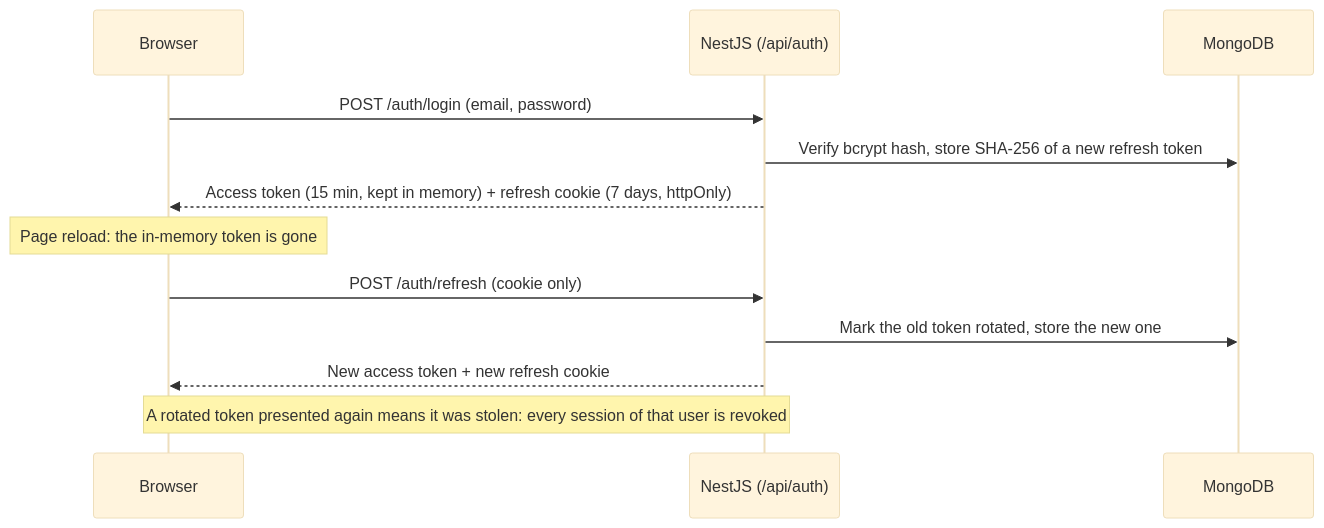
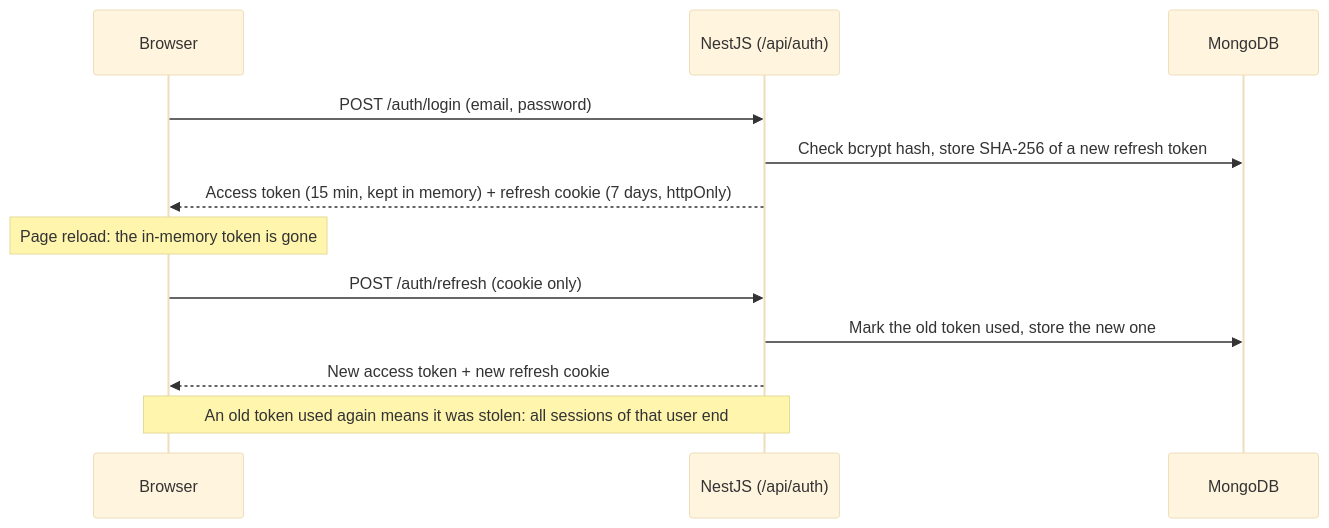
Before and after one commit to NisH-4x/unsaidtalks: the third of 3 diagrams in docs/ARCHITECTURE.md, drawn with Mermaid (base theme). The commit also changed other lines of this file and 53 other files, not shown here.

````diff
--- a/docs/ARCHITECTURE.md
+++ b/docs/ARCHITECTURE.md
@@ -120,15 +128,15 @@
 ```mermaid
 sequenceDiagram
   participant B as Browser
   participant API as NestJS (/api/auth)
   participant DB as MongoDB
 
   B->>API: POST /auth/login (email, password)
-  API->>DB: Verify bcrypt hash, store SHA-256 of a new refresh token
+  API->>DB: Check bcrypt hash, store SHA-256 of a new refresh token
   API-->>B: Access token (15 min, kept in memory) + refresh cookie (7 days, httpOnly)
   Note over B: Page reload: the in-memory token is gone
   B->>API: POST /auth/refresh (cookie only)
-  API->>DB: Mark the old token rotated, store the new one
+  API->>DB: Mark the old token used, store the new one
   API-->>B: New access token + new refresh cookie
-  Note over B,API: A rotated token presented again means it was stolen: every session of that user is revoked
+  Note over B,API: An old token used again means it was stolen: all sessions of that user end
 ```
````
